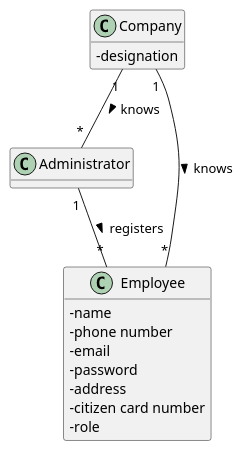
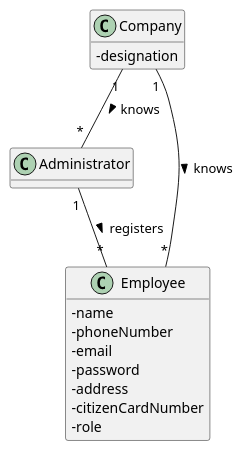
The diagram in docs/SprintB/US10/DM/US10_DM.puml (miseEnPlace-i/lapr2), drawn with PlantUML before and after one commit.

Commit message:
docs(us-10): updated dm

```diff
--- a/docs/SprintB/US10/DM/US10_DM.puml
+++ b/docs/SprintB/US10/DM/US10_DM.puml
@@ -1,26 +1,26 @@
 @startuml US10_DM
 hide methods
 skinparam classAttributeIconSize 0
 
 class Company {
   -designation
 }
 
 class Administrator {
 }
 
 class Employee {
   -name
-  -phone number
+  -phoneNumber
   -email
   -password
   -address
-  -citizen card number
+  -citizenCardNumber
   -role
 }
 
 Company "1" -- "*" Administrator : knows >
 Company "1" -- "*" Employee : knows >
 Administrator "1" -- "*" Employee : registers >
 
 @enduml
```
